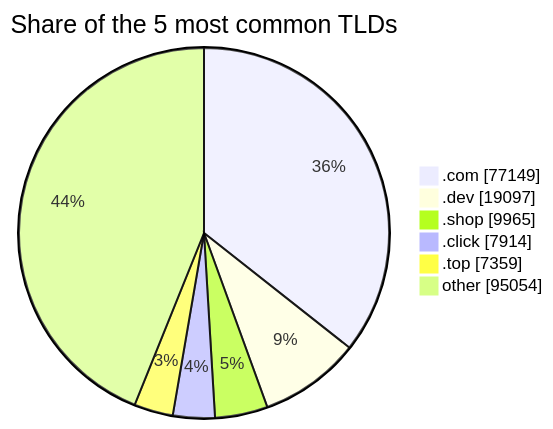
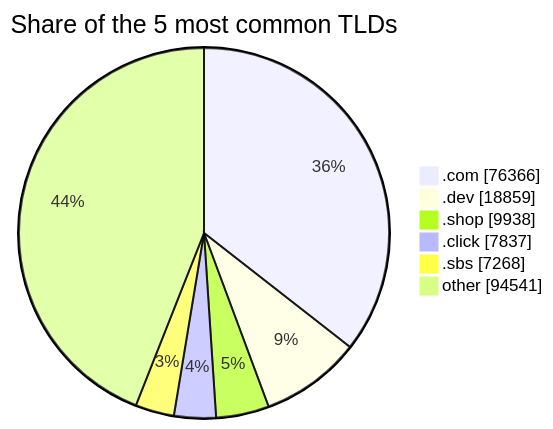
Before and after one commit to DNSBunker/CTI: the third of 3 diagrams in README.md, drawn with Mermaid. The commit also changed other lines of this file and 3 other files, not shown here.

````diff
--- a/README.md
+++ b/README.md
@@ -81,9 +81,9 @@
 ```mermaid
 pie showData title Share of the 5 most common TLDs
-    ".com" : 77149
-    ".dev" : 19097
-    ".shop" : 9965
-    ".click" : 7914
-    ".top" : 7359
-    "other" : 95054
+    ".com" : 76366
+    ".dev" : 18859
+    ".shop" : 9938
+    ".click" : 7837
+    ".sbs" : 7268
+    "other" : 94541
 ```
````
